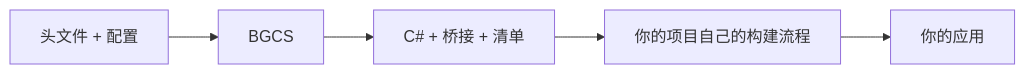
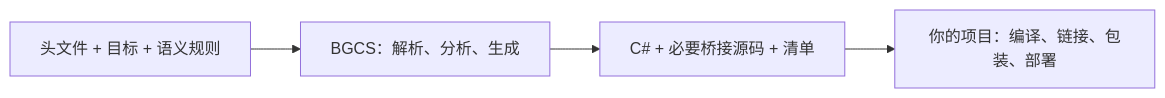
One commit to FLwolfy/BindGen-CS changed the diagram in README.cn.md. Above: the diagram before and after it, drawn with Mermaid. The commit also changed other lines of this file and 1933 other files, not shown here.

````diff
--- a/README.cn.md
+++ b/README.cn.md
@@ -15,7 +7,6 @@
 ```mermaid
 flowchart LR
-    I["头文件 + 配置"] --> G["BGCS"]
-    G --> O["C# + 桥接 + 清单"]
-    O --> B["你的项目自己的构建流程"]
-    B --> A["你的应用"]
+    H["头文件 + 目标 + 语义规则"] --> G["BGCS：解析、分析、生成"]
+    G --> S["C# + 必要桥接源码 + 清单"]
+    S --> P["你的项目：编译、链接、包装、部署"]
 ```
````
